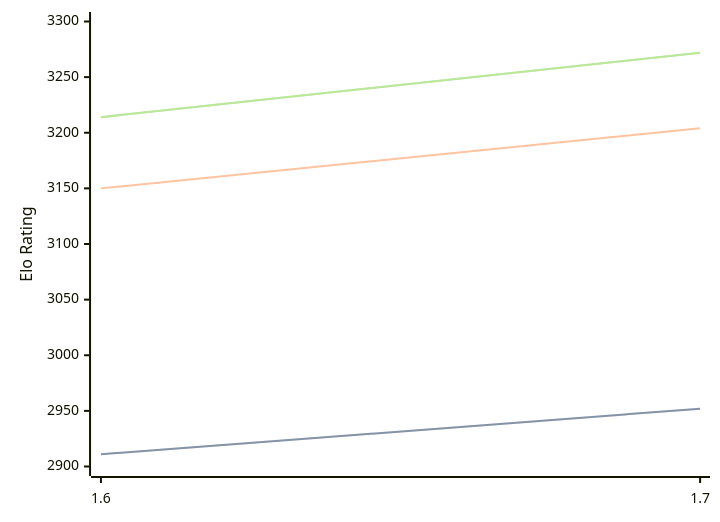
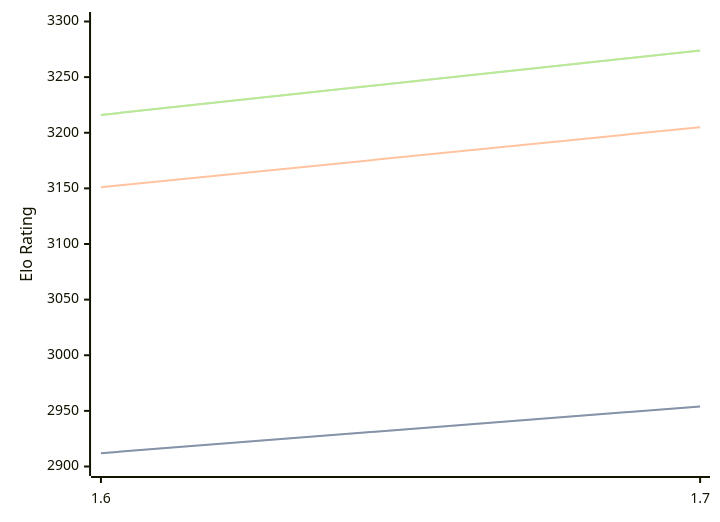
One commit to computer-chess-index/cci changed the diagram in engines/Bitbit.md. Above: the diagram before and after it, drawn with Mermaid. The commit also changed other lines of this file, not shown here.

Commit message:
Update CCI Ratings (ELO VLTC) - 2026-10-09

````diff
--- a/engines/Bitbit.md
+++ b/engines/Bitbit.md
@@ -32,11 +32,11 @@
 ```mermaid
 %%{init: {"theme":"base","themeVariables":{"seriesColors:['#a3a3a3','#222221','#faa371']}}}%%
 xychart-beta
   x-axis ["1.6", "1.7"]
   y-axis "Elo Rating" 2900 --> 3300
-  line "" [2911, 2952]
-  line "STC (8.0+0.08s)" [2911, 2952]
-  line "LTC (60.0+0.60s)" [3150, 3204]
-  line "" [3214, 3272]
-  line "VLTC (2m24s+1.12s)" [3214, 3272]
+  line "" [2912, 2954]
+  line "STC (8.0+0.08s)" [2912, 2954]
+  line "LTC (60.0+0.60s)" [3151, 3205]
+  line "" [3216, 3274]
+  line "VLTC (2m24s+1.12s)" [3216, 3274]
 ```
````
